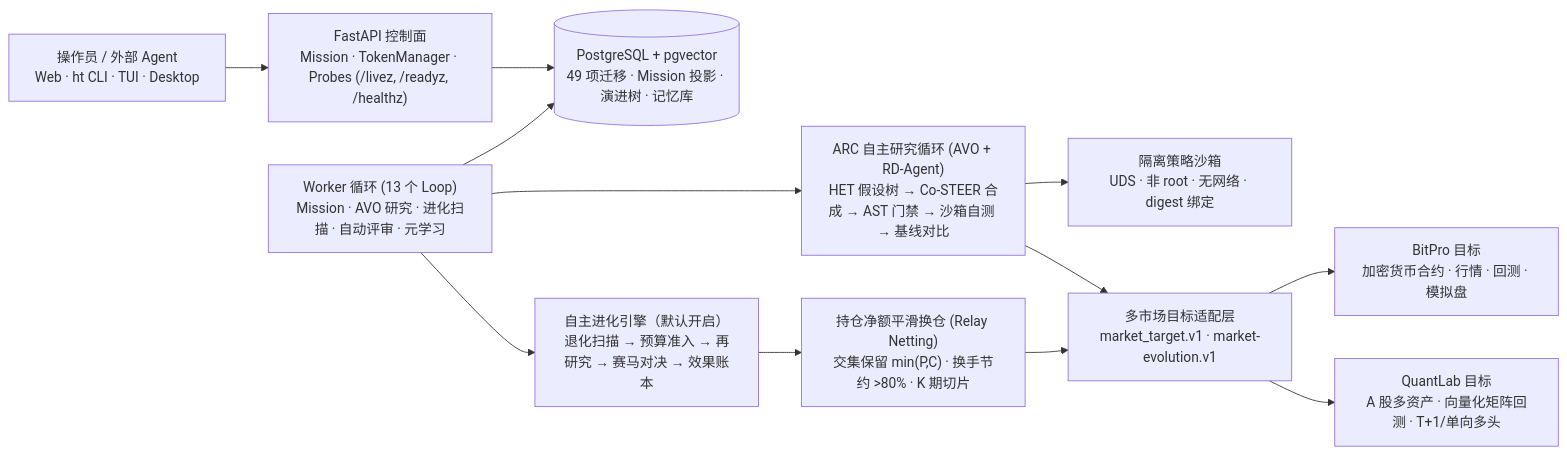
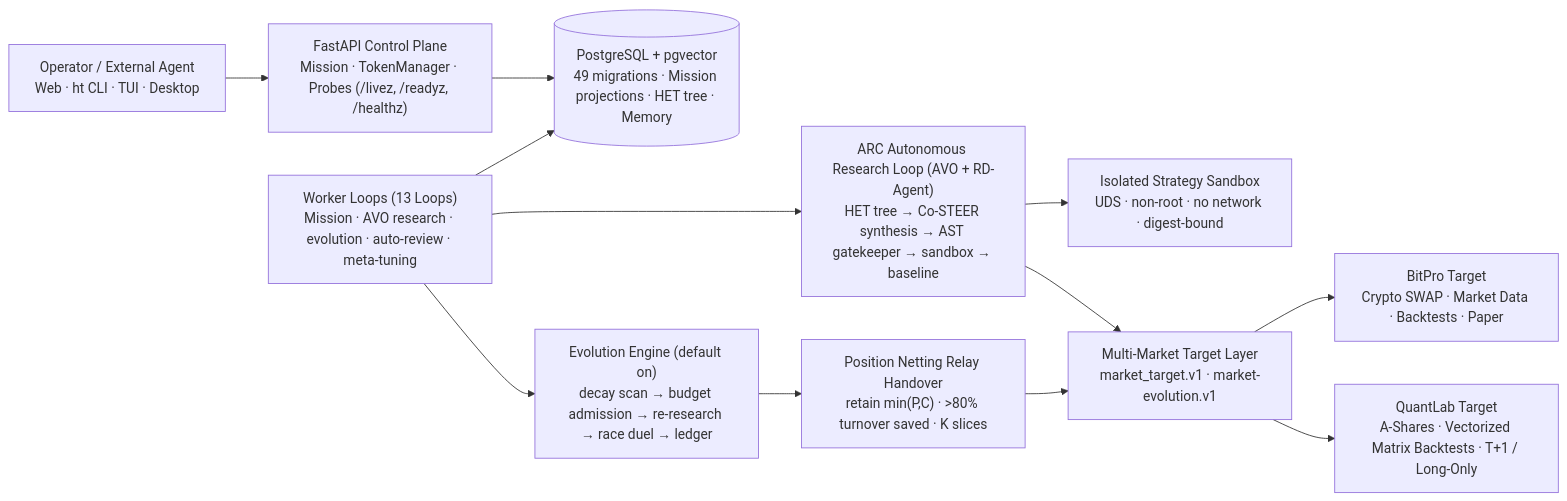
Before and after one commit to Shadowell/HyperTrade: the second of 2 diagrams in README.md, drawn with Mermaid. The commit also changed other lines of this file and 6 other files, not shown here.

````diff
--- a/README.md
+++ b/README.md
@@ -72,14 +72,14 @@
 ```mermaid
 flowchart LR
-  Op["操作员 / 外部 Agent<br/>Web · ht CLI · TUI · Desktop"] --> API["FastAPI 控制面<br/>Mission · TokenManager · Probes (/livez, /readyz, /healthz)"]
-  API --> DB[("PostgreSQL + pgvector<br/>49 项迁移 · Mission 投影 · 演进树 · 记忆库")]
-  Worker["Worker 循环 (13 个 Loop)<br/>Mission · AVO 研究 · 进化扫描 · 自动评审 · 元学习"] --> DB
-  Worker --> Research["ARC 自主研究循环 (AVO + RD-Agent)<br/>HET 假设树 → Co-STEER 合成 → AST 门禁 → 沙箱自测 → 基线对比"]
-  Worker --> Evolution["自主进化引擎（默认开启）<br/>退化扫描 → 预算准入 → 再研究 → 赛马对决 → 效果账本"]
-  Research --> Sandbox["隔离策略沙箱<br/>UDS · 非 root · 无网络 · digest 绑定"]
-  Research --> Targets["多市场目标适配层<br/>market_target.v1 · market-evolution.v1"]
-  Evolution --> Relay["持仓净额平滑换仓 (Relay Netting)<br/>交集保留 min(P,C) · 换手节约 >80% · K 期切片"]
+  Op["Operator / External Agent<br/>Web · ht CLI · TUI · Desktop"] --> API["FastAPI Control Plane<br/>Mission · TokenManager · Probes (/livez, /readyz, /healthz)"]
+  API --> DB[("PostgreSQL + pgvector<br/>49 migrations · Mission projections · HET tree · Memory")]
+  Worker["Worker Loops (13 Loops)<br/>Mission · AVO research · evolution · auto-review · meta-tuning"] --> DB
+  Worker --> Research["ARC Autonomous Research Loop (AVO + RD-Agent)<br/>HET tree → Co-STEER synthesis → AST gatekeeper → sandbox → baseline"]
+  Worker --> Evolution["Evolution Engine (default on)<br/>decay scan → budget admission → re-research → race duel → ledger"]
+  Research --> Sandbox["Isolated Strategy Sandbox<br/>UDS · non-root · no network · digest-bound"]
+  Research --> Targets["Multi-Market Target Layer<br/>market_target.v1 · market-evolution.v1"]
+  Evolution --> Relay["Position Netting Relay Handover<br/>retain min(P,C) · >80% turnover saved · K slices"]
   Relay --> Targets
-  Targets --> BitPro["BitPro 目标<br/>加密货币合约 · 行情 · 回测 · 模拟盘"]
-  Targets --> QuantLab["QuantLab 目标<br/>A 股多资产 · 向量化矩阵回测 · T+1/单向多头"]
+  Targets --> BitPro["BitPro Target<br/>Crypto SWAP · Market Data · Backtests · Paper"]
+  Targets --> QuantLab["QuantLab Target<br/>A-Shares · Vectorized Matrix Backtests · T+1 / Long-Only"]
 ```
````
